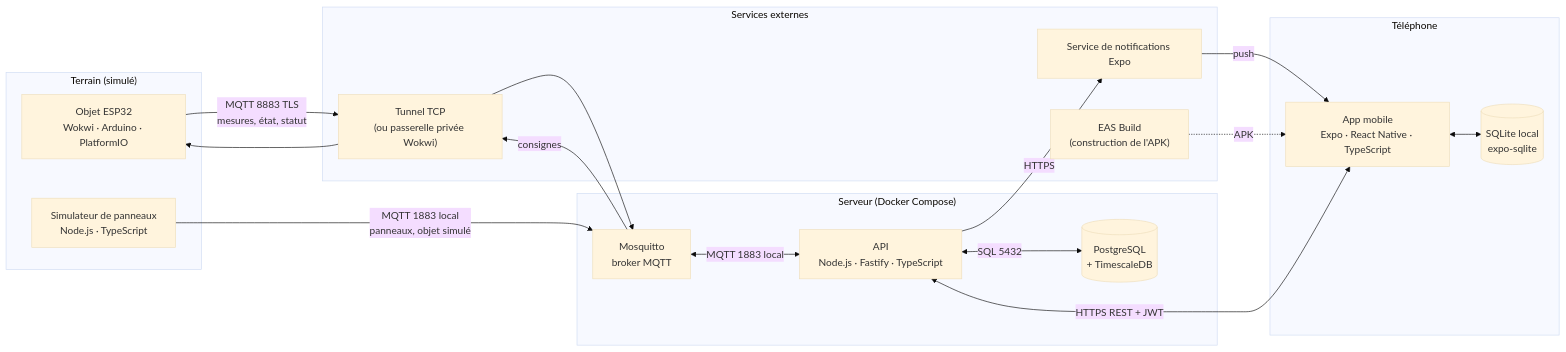
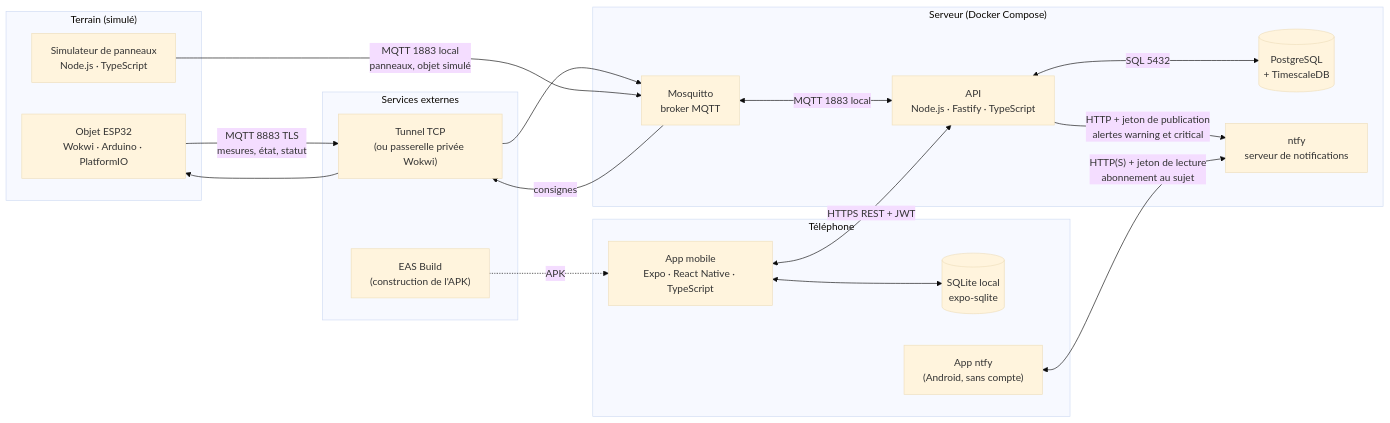
One commit to SamuelLnds/proj-app-mobile-co changed the first of 2 diagrams in docs/conception/03-cartographie-technique.md. Above: the diagram before and after it, drawn with Mermaid (base theme). The commit also changed other lines of this file and 5 other files, not shown here.

First line of the commit message:
docs(design): remplace le push Expo par les notifications locales et ntfy

````diff
--- a/docs/conception/03-cartographie-technique.md
+++ b/docs/conception/03-cartographie-technique.md
@@ -11,37 +11,38 @@
 ```mermaid
 flowchart LR
   subgraph field["Terrain (simulé)"]
     ESP["Objet ESP32<br/>Wokwi · Arduino · PlatformIO"]
     SIM["Simulateur de panneaux<br/>Node.js · TypeScript"]
   end
 
   subgraph external["Services externes"]
     TUN["Tunnel TCP<br/>(ou passerelle privée Wokwi)"]
-    EXPO["Service de notifications Expo"]
     EAS["EAS Build<br/>(construction de l'APK)"]
   end
 
   subgraph server["Serveur (Docker Compose)"]
     API["API<br/>Node.js · Fastify · TypeScript"]
     DB[("PostgreSQL<br/>+ TimescaleDB")]
     MQ["Mosquitto<br/>broker MQTT"]
+    NTFY["ntfy<br/>serveur de notifications"]
   end
 
   subgraph phone["Téléphone"]
     APP["App mobile<br/>Expo · React Native · TypeScript"]
     LOCAL[("SQLite local<br/>expo-sqlite")]
+    NTFYAPP["App ntfy<br/>(Android, sans compte)"]
   end
 
   ESP -- "MQTT 8883 TLS<br/>mesures, état, statut" --> TUN
   TUN --> MQ
   MQ -- "consignes" --> TUN
   TUN --> ESP
   SIM -- "MQTT 1883 local<br/>panneaux, objet simulé" --> MQ
   MQ <-- "MQTT 1883 local" --> API
   API <-- "SQL 5432" --> DB
   APP <-- "HTTPS REST + JWT" --> API
   APP <--> LOCAL
-  API -- "HTTPS" --> EXPO
-  EXPO -- "push" --> APP
+  API -- "HTTP + jeton de publication<br/>alertes warning et critical" --> NTFY
+  NTFYAPP <-- "HTTP(S) + jeton de lecture<br/>abonnement au sujet" --> NTFY
   EAS -. "APK" .-> APP
 ```
````
